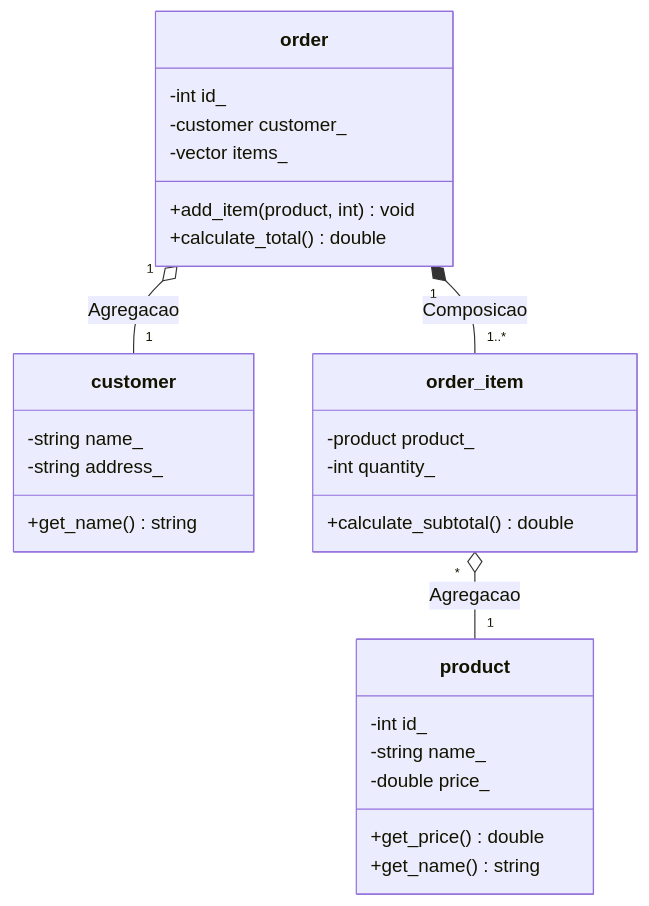
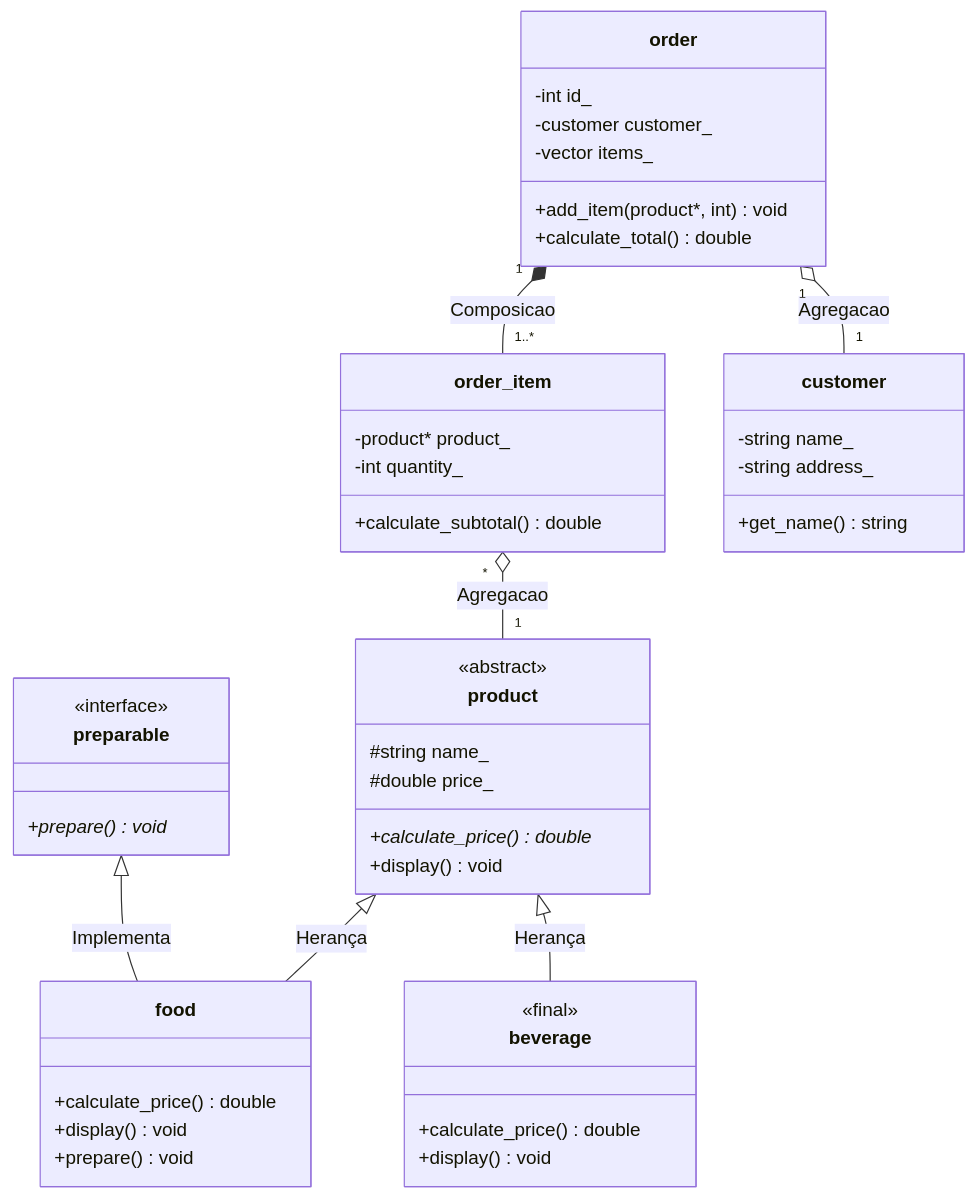
Before and after one commit to Nando001145k/Sistema-de-delivery: the diagram in README.md, drawn with Mermaid. The commit also changed other lines of this file, not shown here.

Commit message:
atualizada
Updated class definitions and relationships in UML diagram.

````diff
--- a/README.md
+++ b/README.md
@@ -10,34 +10,55 @@
 ```mermaid
 classDiagram
     class customer {
         -string name_
         -string address_
         +get_name() string
     }
 
+    class preparable {
+        <<interface>>
+        +prepare() void*
+    }
+
     class product {
-        -int id_
-        -string name_
-        -double price_
-        +get_price() double
-        +get_name() string
+        <<abstract>>
+        #string name_
+        #double price_
+        +calculate_price() double*
+        +display() void
+    }
+
+    class food {
+        +calculate_price() double
+        +display() void
+        +prepare() void
+    }
+
+    class beverage {
+        <<final>>
+        +calculate_price() double
+        +display() void
     }
 
     class order_item {
-        -product product_
+        -product* product_
         -int quantity_
         +calculate_subtotal() double
     }
 
     class order {
         -int id_
         -customer customer_
         -vector items_
-        +add_item(product, int) void
+        +add_item(product*, int) void
         +calculate_total() double
     }
 
+    product <|-- food : Herança
+    product <|-- beverage : Herança
+    preparable <|-- food : Implementa
+    
     order "1" *-- "1..*" order_item : Composicao
     order "1" o-- "1" customer : Agregacao
     order_item "*" o-- "1" product : Agregacao
 ```
````
